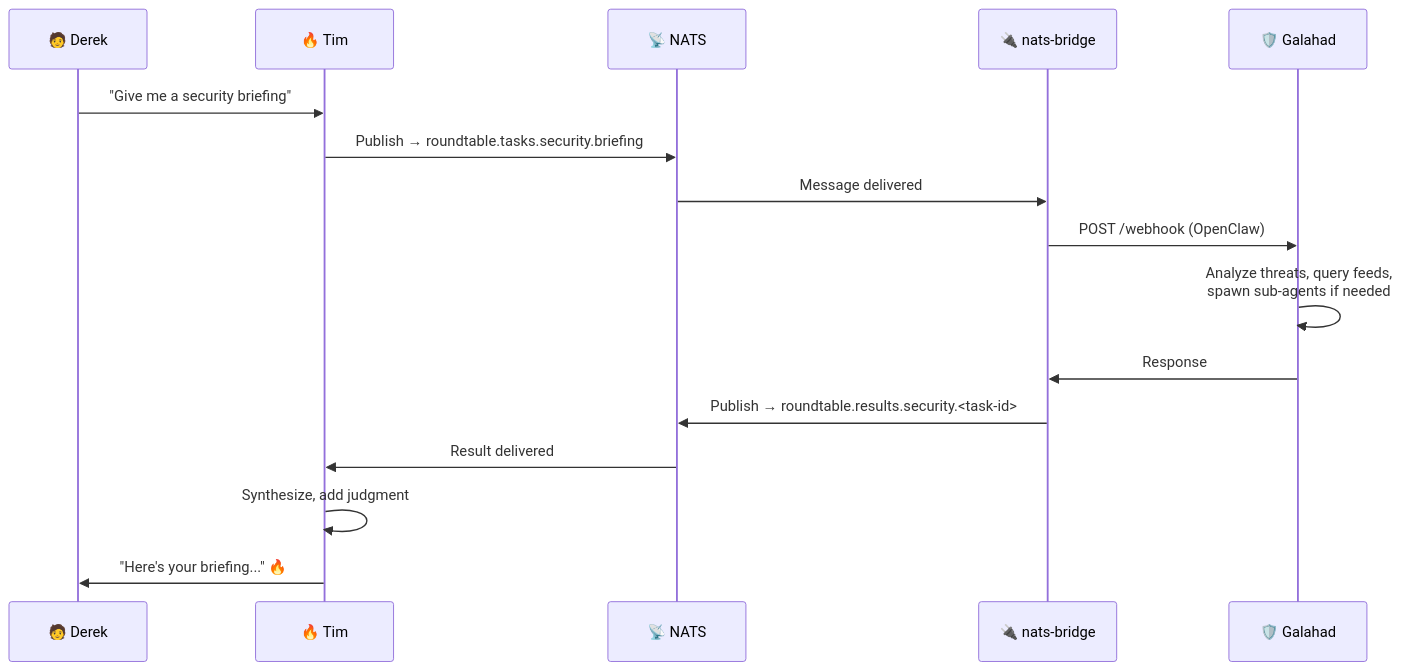
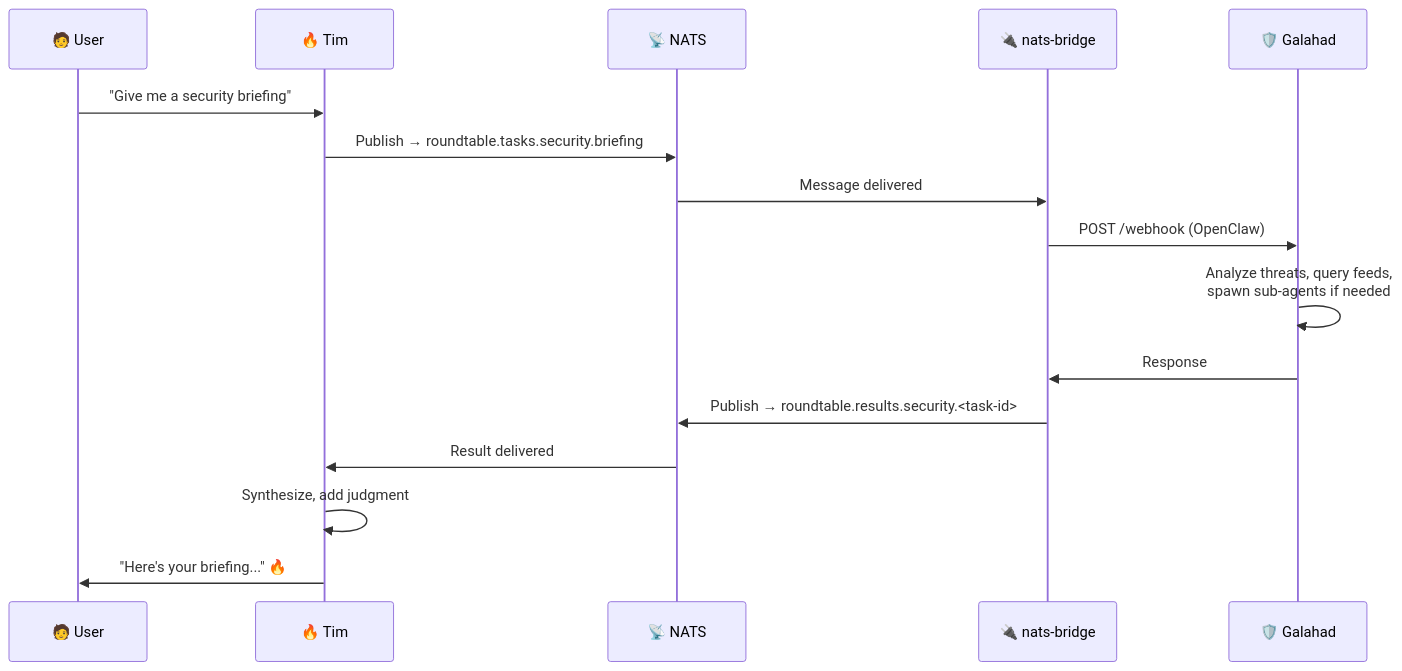
The second of 3 diagrams in README.md (dapperdivers/roundtable), drawn with Mermaid before and after one commit. The commit also changed other lines of this file and 2 other files, not shown here.

````diff
--- a/README.md
+++ b/README.md
@@ -66,19 +68,19 @@
 ```mermaid
 sequenceDiagram
-    participant D as 🧑 Derek
+    participant U as 🧑 User
     participant T as 🔥 Tim
     participant N as 📡 NATS
     participant B as 🔌 nats-bridge
     participant K as 🛡️ Galahad
 
-    D->>T: "Give me a security briefing"
+    U->>T: "Give me a security briefing"
     T->>N: Publish → roundtable.tasks.security.briefing
     N->>B: Message delivered
     B->>K: POST /webhook (OpenClaw)
     K->>K: Analyze threats, query feeds,<br/>spawn sub-agents if needed
     K->>B: Response
     B->>N: Publish → roundtable.results.security.<task-id>
     N->>T: Result delivered
     T->>T: Synthesize, add judgment
-    T->>D: "Here's your briefing..." 🔥
+    T->>U: "Here's your briefing..." 🔥
 ```
````
